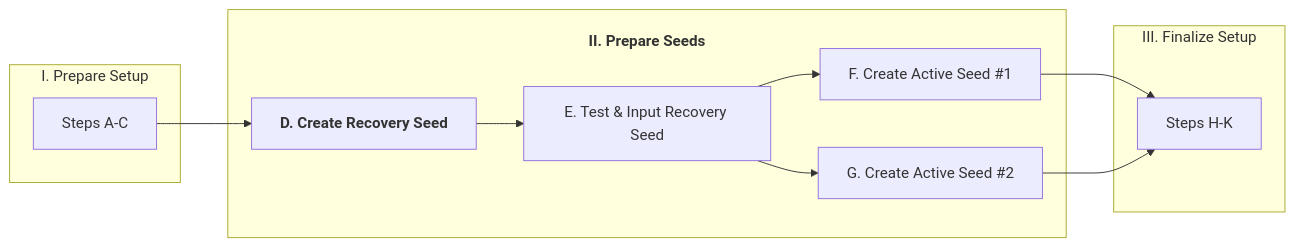
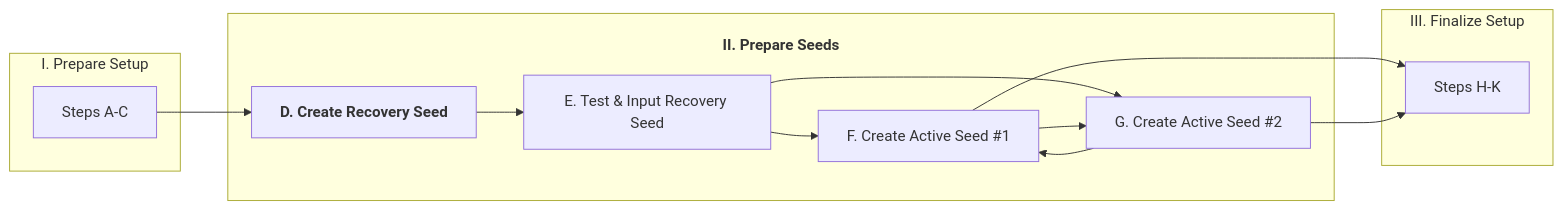
Before and after one commit to BlockchainCommons/SmartCustody: the fourth of 4 diagrams in Docs/Scenario-Multisig.md, drawn with Mermaid.

````diff
--- a/Docs/Scenario-Multisig.md
+++ b/Docs/Scenario-Multisig.md
@@ -243,19 +243,21 @@
 ```mermaid
     graph LR;
     subgraph 1[I. Prepare Setup]
     C[Steps A-C]
     end
     subgraph 2[<h4>II. Prepare Seeds</h4>]
     D[<b>D. Create Recovery Seed</b>]
     E[E. Test & Input Recovery Seed]
     F[F. Create Active Seed #1]
     G[G. Create Active Seed #2]
     D-->E
     E-->F & G
+    F-->G
+    G-->F
     end
     subgraph 3[III. Finalize Setup]
     H[Steps H-K]
     end
     C-->D
     F & G-->H
 ```
````
